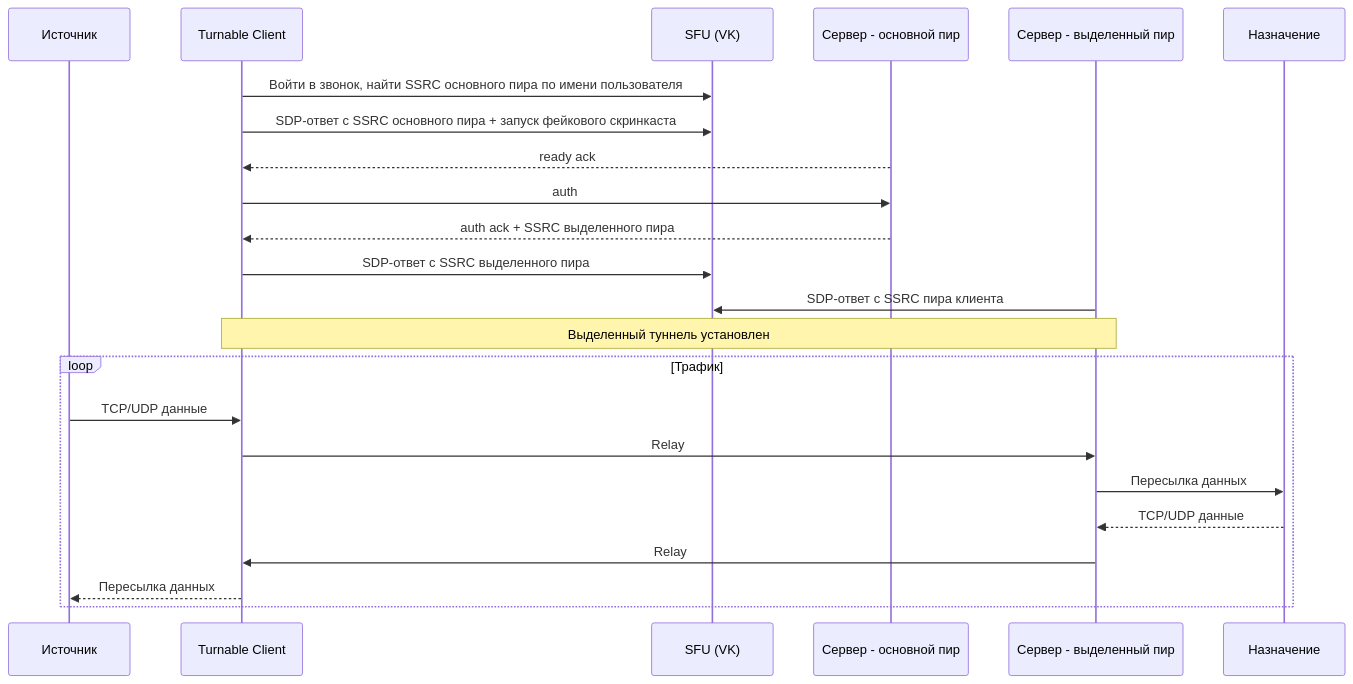
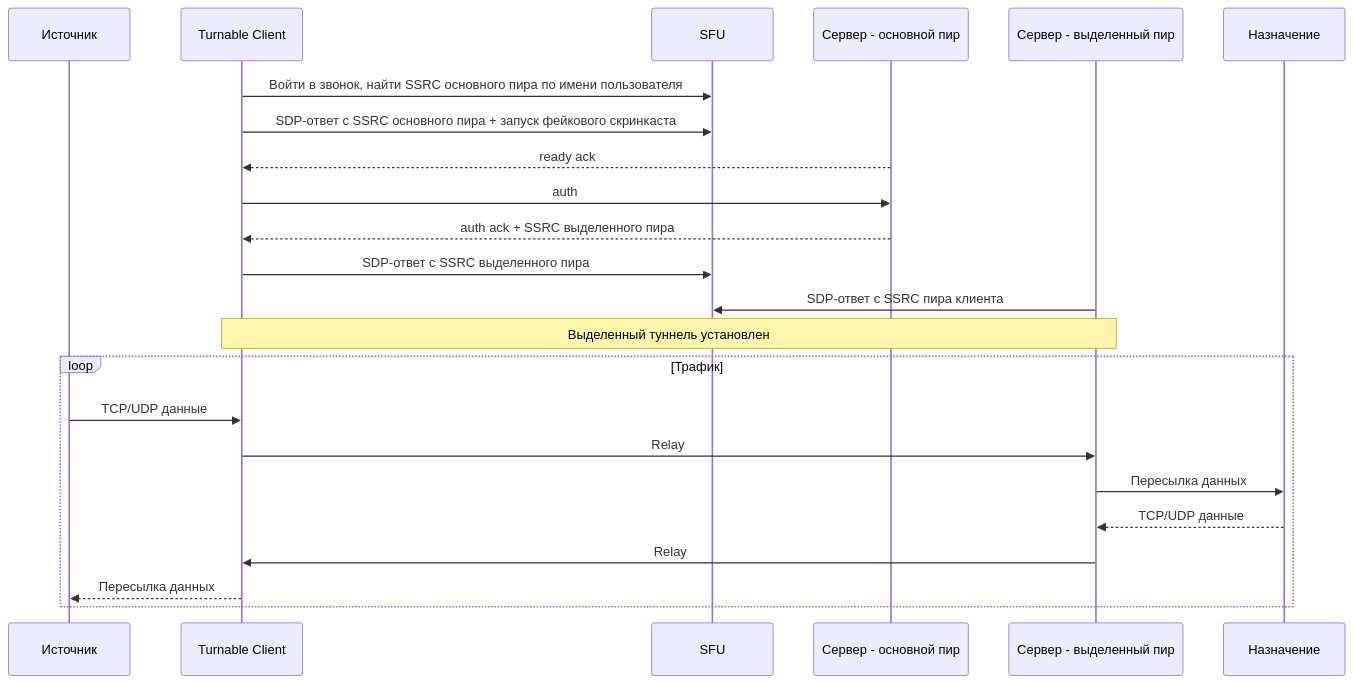
One commit to TheAirBlow/Turnable changed the third of 3 diagrams in README_RU.md. Above: the diagram before and after it, drawn with Mermaid. The commit also changed other lines of this file and 1 other file, not shown here.

````diff
--- a/README_RU.md
+++ b/README_RU.md
@@ -68,29 +77,29 @@
 ```mermaid
 sequenceDiagram
     participant App as Источник
     participant TC as Turnable Client
-    participant SFU as SFU (VK)
+    participant SFU as SFU
     participant TSM as Сервер - основной пир
     participant TSD as Сервер - выделенный пир
     participant Dest as Назначение
 
     TC->>SFU: Войти в звонок, найти SSRC основного пира по имени пользователя
     TC->>SFU: SDP-ответ с SSRC основного пира + запуск фейкового скринкаста
     TSM-->>TC: ready ack
 
     TC->>TSM: auth
     TSM-->>TC: auth ack + SSRC выделенного пира
 
     TC->>SFU: SDP-ответ с SSRC выделенного пира
     TSD->>SFU: SDP-ответ с SSRC пира клиента
     Note over TC,TSD: Выделенный туннель установлен
 
     loop Трафик
         App->>TC: TCP/UDP данные
         TC->>TSD: Relay
         TSD->>Dest: Пересылка данных
         Dest-->>TSD: TCP/UDP данные
         TSD->>TC: Relay
         TC-->>App: Пересылка данных
     end
 ```
````
